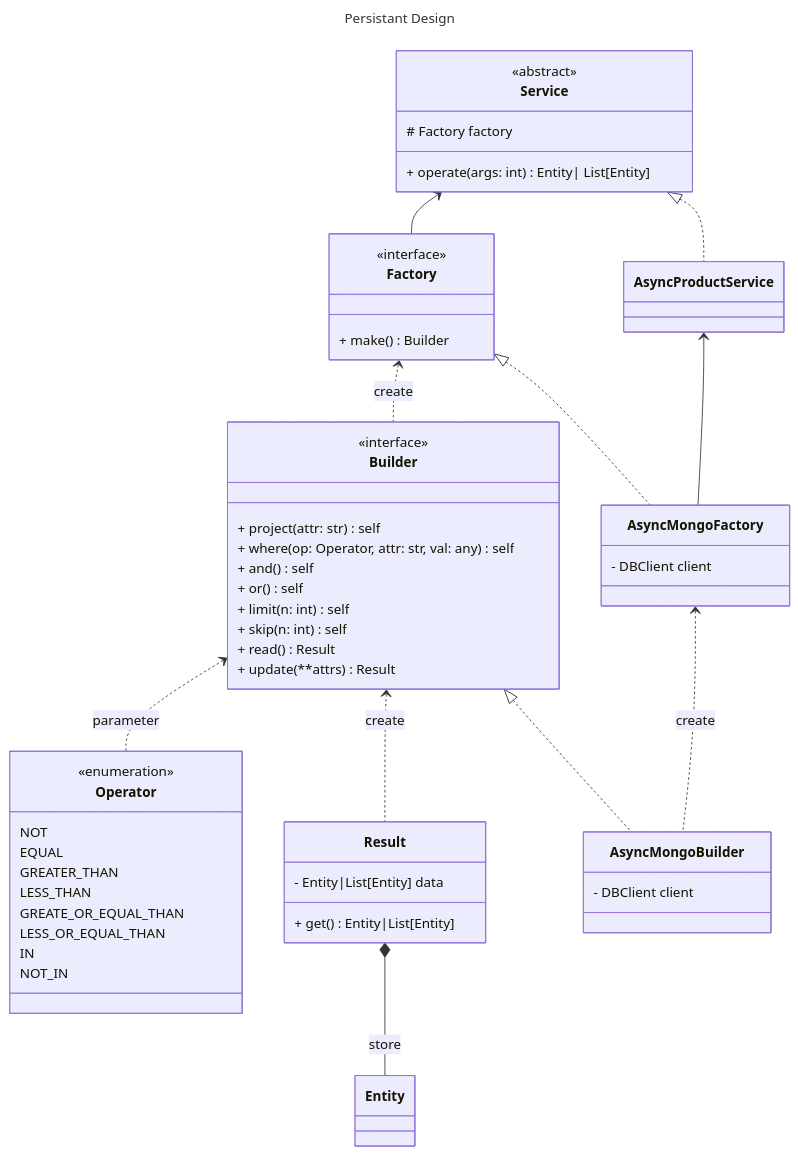
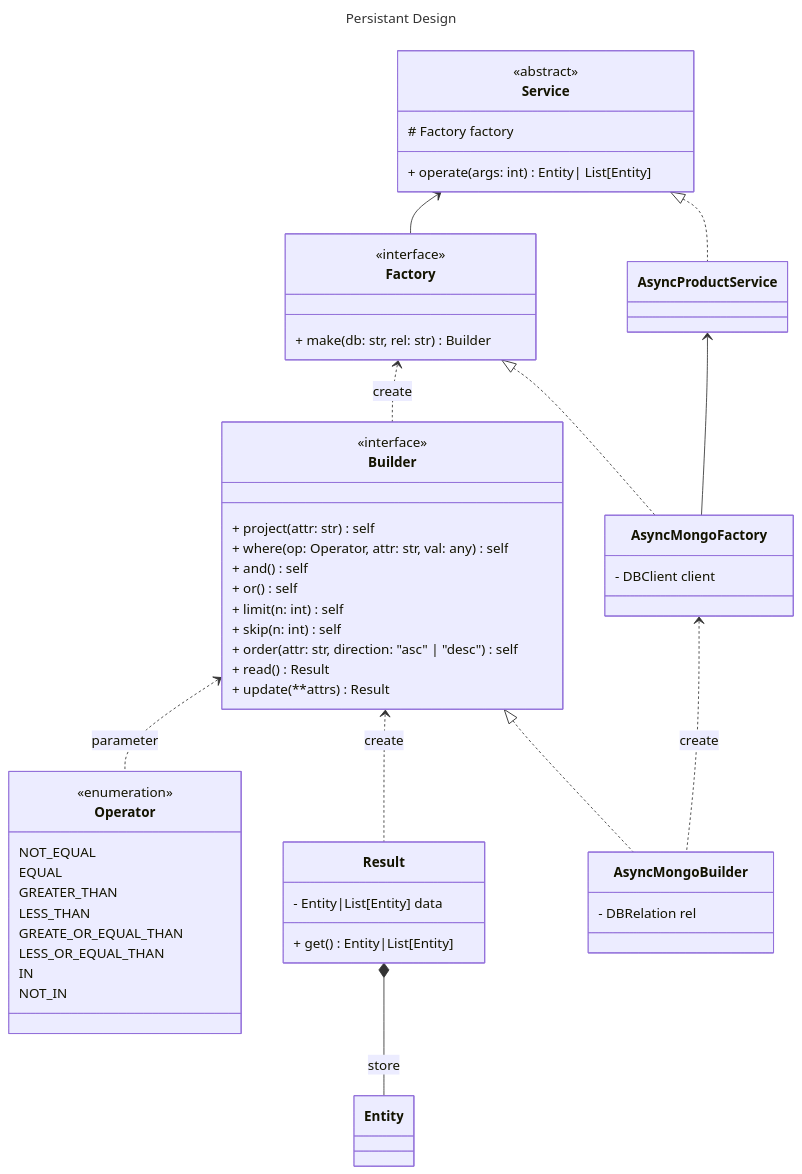
The diagram in architecture/persistant.md (KU-Capstone-Design/pyoniverse-api), drawn with Mermaid before and after one commit. The commit also changed 14 other files, not shown here.

````diff
--- a/architecture/persistant.md
+++ b/architecture/persistant.md
@@ -9,55 +9,56 @@
 ```mermaid
 ---
 title: Persistant Design
 ---
 classDiagram
     class Service {
         <<abstract>>
         # Factory factory
         + operate(args: int) Entity| List[Entity]
     }
     class Factory {
         <<interface>>
-        + make() Builder
+        + make(db: str, rel: str) Builder
     }
     class Builder {
         <<interface>>
         + project(attr: str) self
         + where(op: Operator, attr: str, val: any) self
         + and() self
         + or() self
         + limit(n: int) self
         + skip(n: int) self
+        + order(attr: str, direction: "asc" | "desc") self
         + read() Result
         + update(**attrs) Result
     }
     class Operator {
         <<enumeration>>
-        NOT
+        NOT_EQUAL
         EQUAL
         GREATER_THAN
         LESS_THAN
         GREATE_OR_EQUAL_THAN
         LESS_OR_EQUAL_THAN
         IN
         NOT_IN
     }
     class Result {
         - Entity|List[Entity] data
         + get() Entity|List[Entity]
     }
 
     Service <-- Factory
     Factory <.. Builder: create
     Builder <.. Result: create
     Builder <.. Operator: parameter
     Result *-- Entity: store
 
     Service <|.. AsyncProductService
     Factory <|.. AsyncMongoFactory
     AsyncMongoFactory: - DBClient client
     Builder <|.. AsyncMongoBuilder
-    AsyncMongoBuilder: - DBClient client
+    AsyncMongoBuilder: - DBRelation rel
     AsyncProductService <-- AsyncMongoFactory
     AsyncMongoFactory <.. AsyncMongoBuilder: create
 ```
````
